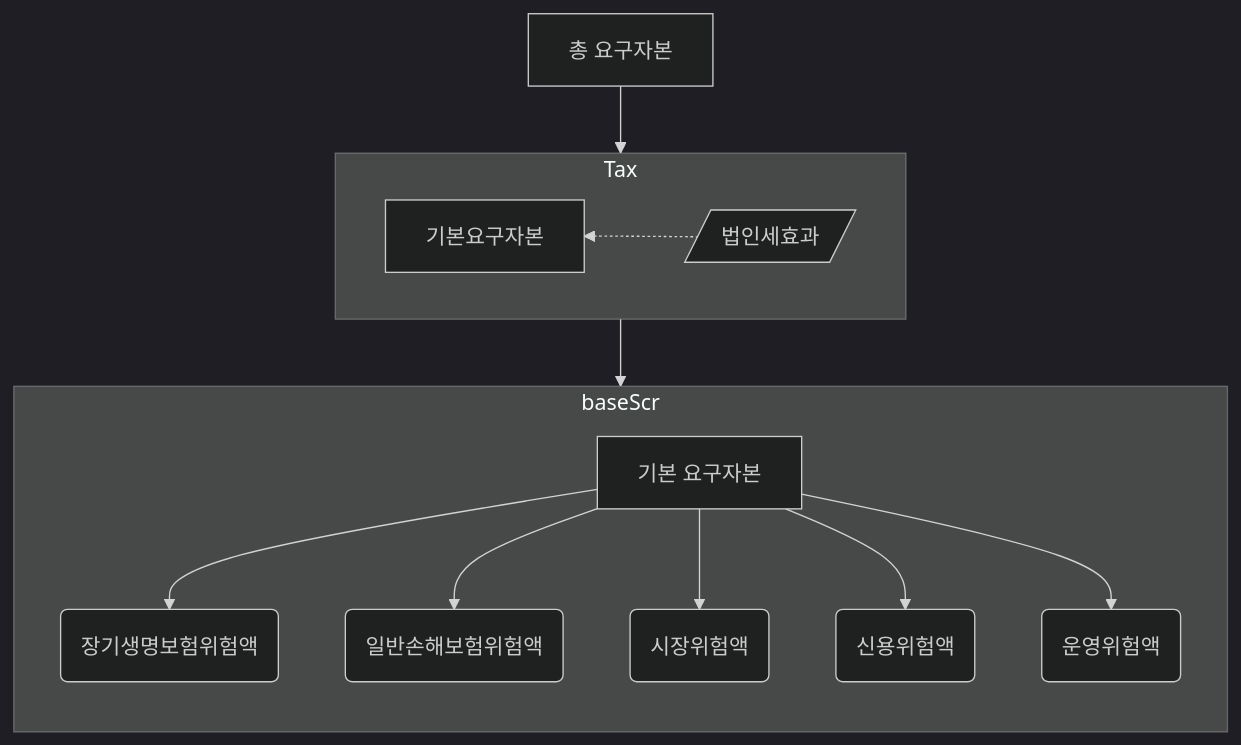
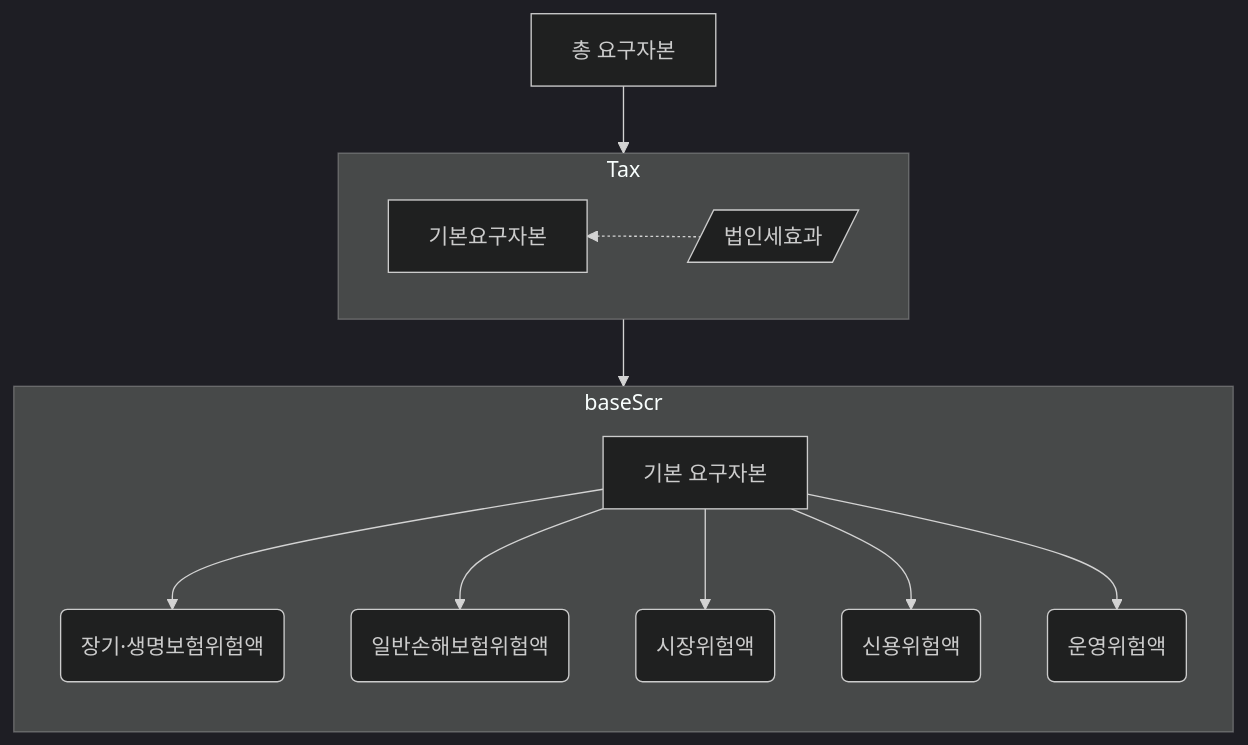
One commit to sun0lee/minimal-mistakes changed the diagram in collections/_kics/04-scr/index.md. Above: the diagram before and after it, drawn with Mermaid (dark theme). The commit also changed 29 other files, not shown here.

```diff
--- a/collections/_kics/04-scr/index.md
+++ b/collections/_kics/04-scr/index.md
@@ -8,21 +8,21 @@
 <div class="mermaid">
 flowchart TB
 
    T[총 요구자본] --> Tax
     direction TB
     subgraph Tax
         direction RL
         TE[/법인세효과/] -.-> B[기본요구자본]
     end
 
     subgraph baseScr
         direction TB
-        A[기본 요구자본] -->A1(장기생명보험위험액)
+        A[기본 요구자본] -->A1("장기·생명보험위험액")
         A -->A2(일반손해보험위험액)
         A -->A3(시장위험액)
         A -->A4(신용위험액)
         A -->A5(운영위험액)
     end
 
   Tax --> baseScr
 </div>
```
